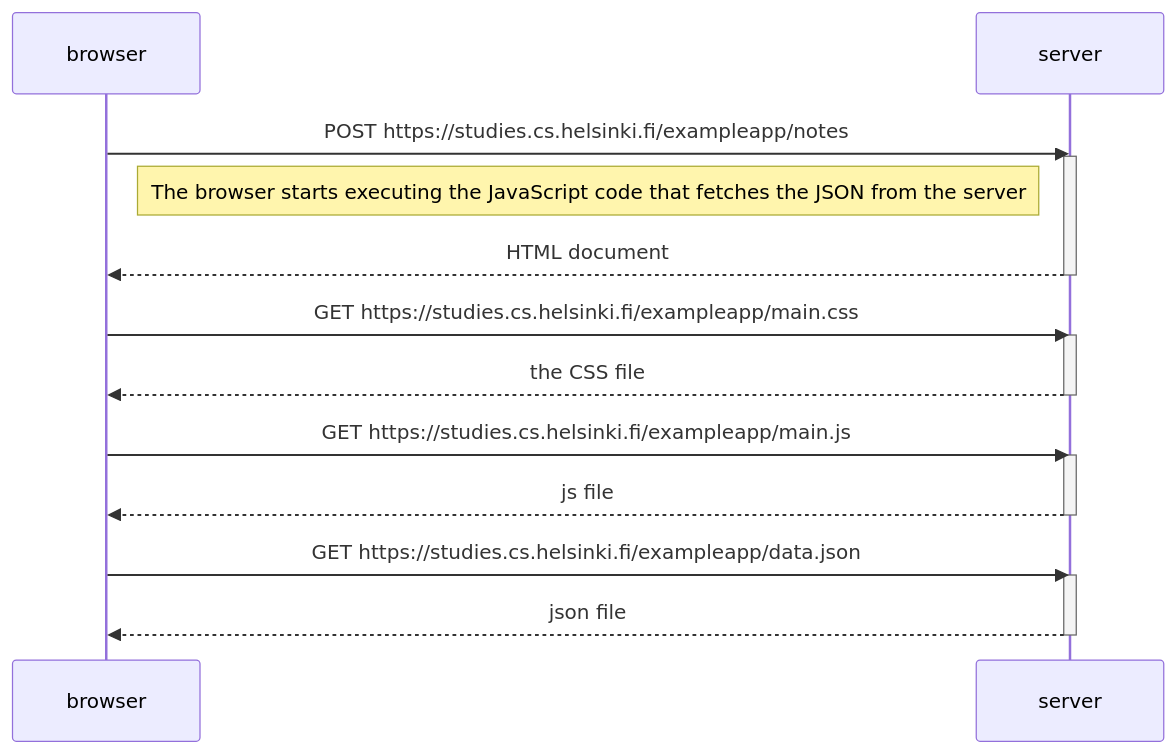
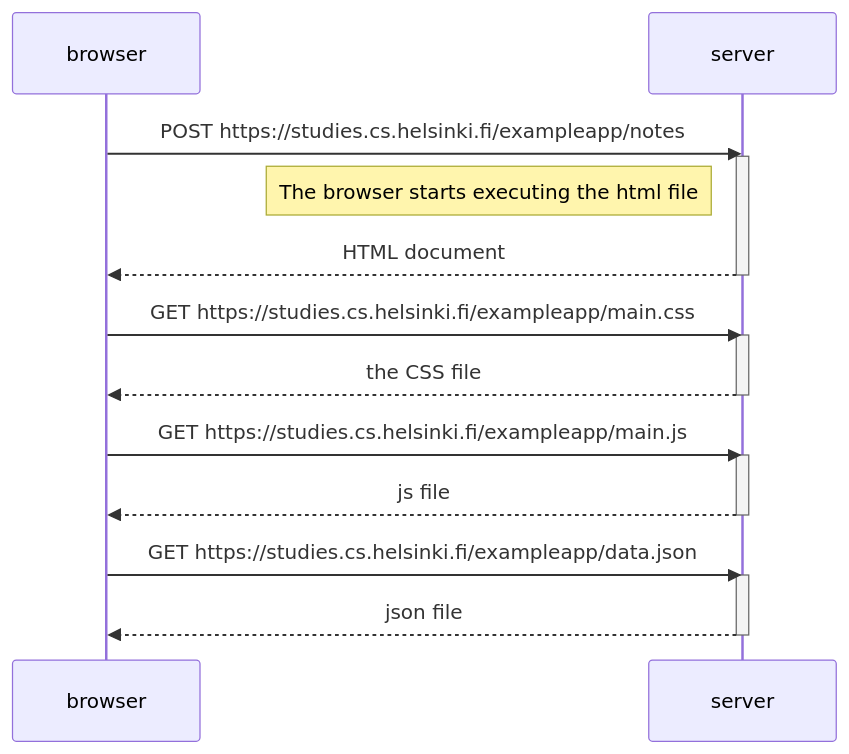
Before and after one commit to LeoKay-J/FullStackOpen: the diagram in 0.5.md, drawn with Mermaid.

````diff
--- a/0.5.md
+++ b/0.5.md
@@ -1,30 +1,30 @@
 ```mermaid
 sequenceDiagram
     participant browser
     participant server
 
 
     browser->>server: POST https://studies.cs.helsinki.fi/exampleapp/notes
     activate server
-    Note left of server: The browser starts executing the JavaScript code that fetches the JSON from the server
+    Note left of server: The browser starts executing the html file 
     server-->>browser: HTML document
     deactivate server
 
 
     browser->>server: GET https://studies.cs.helsinki.fi/exampleapp/main.css
     activate server
     server-->>browser: the CSS file
     deactivate server
 
 
     browser->>server: GET https://studies.cs.helsinki.fi/exampleapp/main.js
     activate server
     server-->>browser: js file
     deactivate server
 
 
     browser->>server: GET https://studies.cs.helsinki.fi/exampleapp/data.json
     activate server
     server-->>browser: json file
     deactivate server
 ```
````
